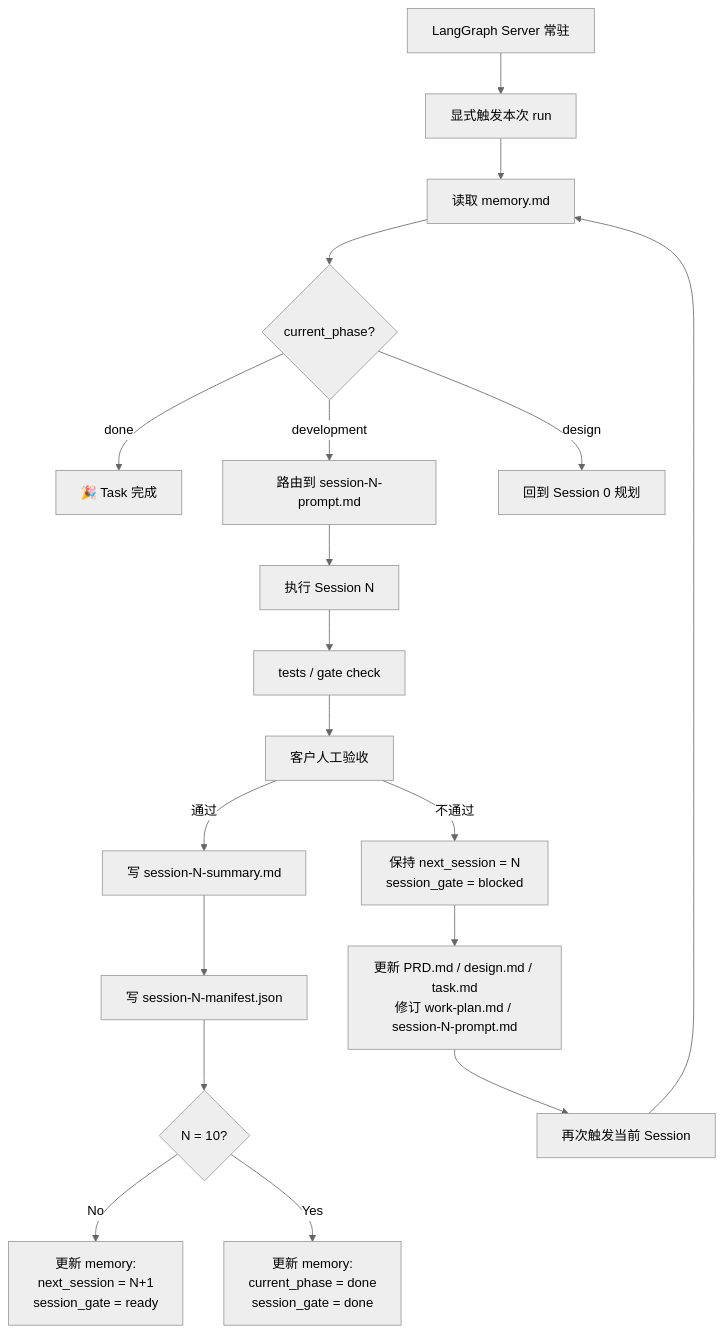
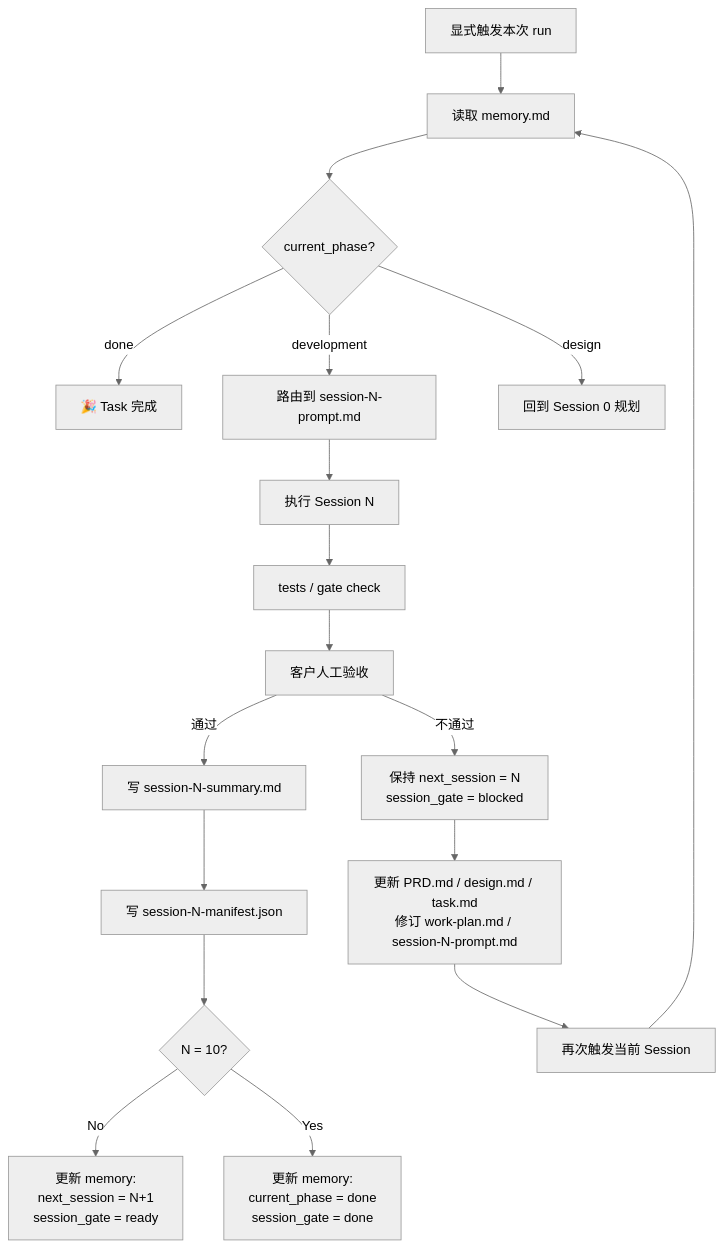
The second of 3 diagrams in docs/two-phase-architecture.md (qi9zg202-source/vibecodingworkflow), drawn with Mermaid (neutral theme) before and after one commit. The commit also changed other lines of this file and 192 other files, not shown here.

````diff
--- a/docs/two-phase-architecture.md
+++ b/docs/two-phase-architecture.md
@@ -86,25 +85,25 @@
 ```mermaid
 flowchart TD
-    SERVER["LangGraph Server 常驻"] --> TRIGGER["显式触发本次 run"]
+    TRIGGER["显式触发本次 run"]
     TRIGGER --> READ["读取 memory.md"]
     READ --> CHECK{"current_phase?"}
 
     CHECK -->|"done"| COMPLETE["🎉 Task 完成"]
     CHECK -->|"development"| ROUTE["路由到 session-N-prompt.md"]
     CHECK -->|"design"| PLAN["回到 Session 0 规划"]
 
     ROUTE --> EXEC["执行 Session N"]
     EXEC --> TEST["tests / gate check"]
     TEST --> REVIEW["客户人工验收"]
 
     REVIEW -->|"通过"| WRITE1["写 session-N-summary.md"]
     WRITE1 --> WRITE2["写 session-N-manifest.json"]
     WRITE2 --> ADVANCE{"N = 10?"}
     ADVANCE -->|"No"| UPDATE1["更新 memory:\nnext_session = N+1\nsession_gate = ready"]
     ADVANCE -->|"Yes"| UPDATE2["更新 memory:\ncurrent_phase = done\nsession_gate = done"]
 
     REVIEW -->|"不通过"| BLOCK["保持 next_session = N\nsession_gate = blocked"]
     BLOCK --> REPLAN["更新 PRD.md / design.md / task.md\n修订 work-plan.md / session-N-prompt.md"]
     REPLAN --> RETRY["再次触发当前 Session"]
     RETRY --> READ
 ```
````
